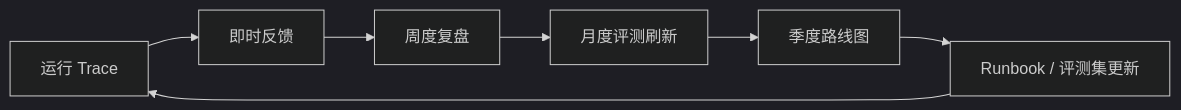
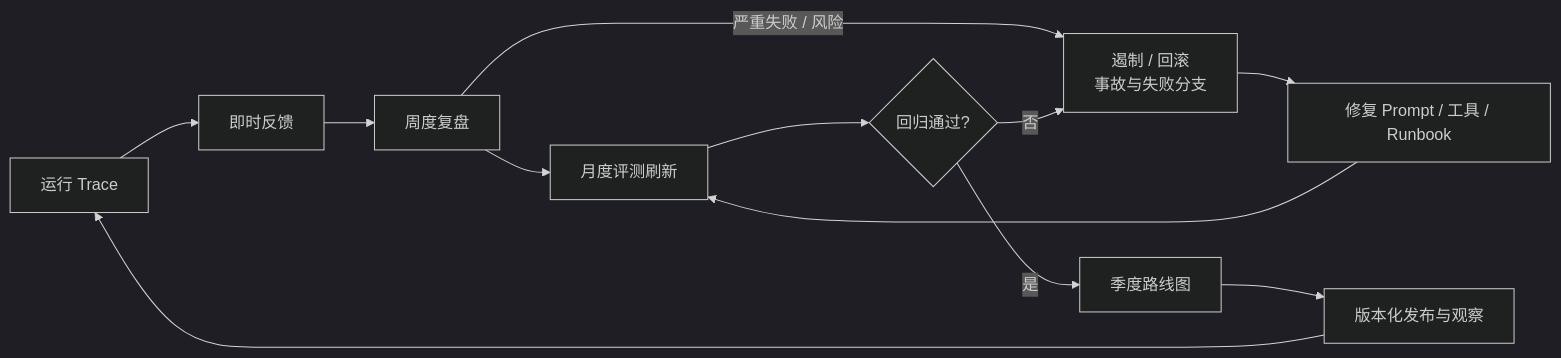
The diagram in docs/guide/08-operate-improve.md (ai-guru-global/the-ops-agent-book), drawn with Mermaid (dark theme) before and after one commit. The commit also changed other lines of this file and 144 other files, not shown here.

````diff
--- a/docs/guide/08-operate-improve.md
+++ b/docs/guide/08-operate-improve.md
@@ -79,9 +96,14 @@
 ```mermaid
 flowchart LR
   R[运行 Trace] --> F[即时反馈]
   F --> W[周度复盘]
   W --> M[月度评测刷新]
-  M --> Q[季度路线图]
-  Q --> K[Runbook / 评测集更新]
+  W -->|严重失败 / 风险| H[遏制 / 回滚<br/>事故与失败分支]
+  M --> T{回归通过?}
+  T -->|否| H
+  H --> X[修复 Prompt / 工具 / Runbook]
+  X --> M
+  T -->|是| Q[季度路线图]
+  Q --> K[版本化发布与观察]
   K --> R
 ```
````
